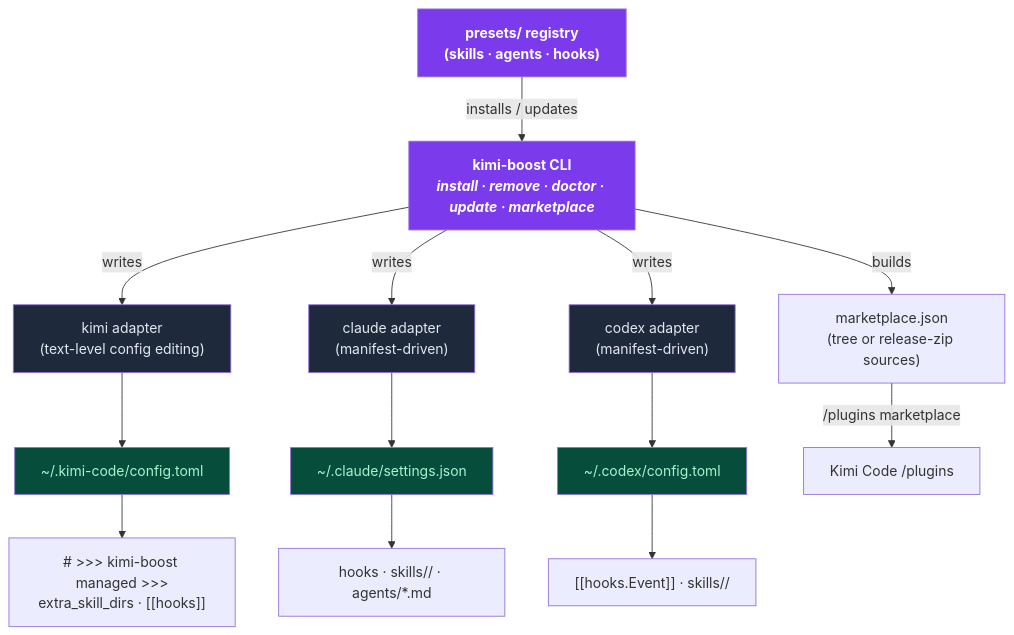
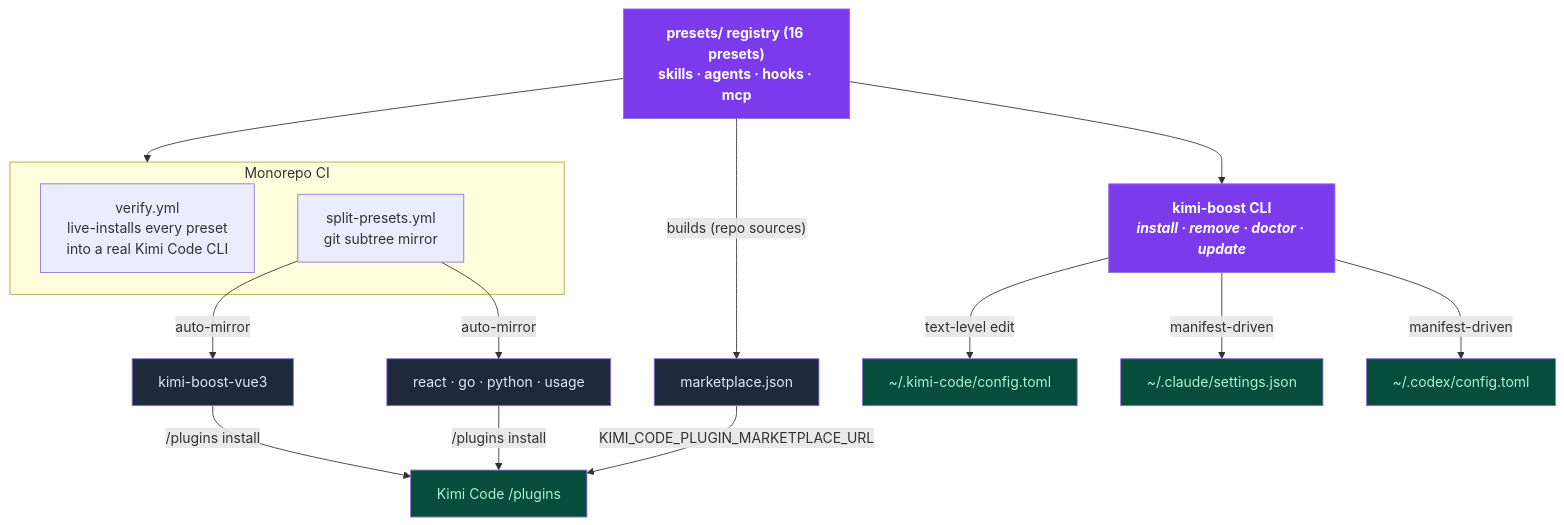
The diagram in README.md (shidesheng0218/kimi-boost), drawn with Mermaid before and after one commit. The commit also changed other lines of this file and 5 other files, not shown here.

````diff
--- a/README.md
+++ b/README.md
@@ -158,28 +161,29 @@
 ```mermaid
 flowchart TD
-    KB["<b>kimi-boost CLI</b><br/><i>install · remove · doctor · update · marketplace</i>"]
-    REG["presets/ registry<br/>(skills · agents · hooks)"]
+    REG["<b>presets/ registry</b> (16 presets)<br/>skills · agents · hooks · mcp"]
 
-    KB -->|writes| KI["kimi adapter<br/>(text-level config editing)"]
-    KB -->|writes| CC["claude adapter<br/>(manifest-driven)"]
-    KB -->|writes| CX["codex adapter<br/>(manifest-driven)"]
+    subgraph CI["Monorepo CI"]
+      VERIFY["verify.yml<br/>live-installs every preset<br/>into a real Kimi Code CLI"]
+      SPLIT["split-presets.yml<br/>git subtree mirror"]
+    end
 
-    KI --> KCF["~/.kimi-code/config.toml"]
-    CC --> CCS["~/.claude/settings.json"]
-    CX --> CXC["~/.codex/config.toml"]
+    REG --> CI
+    SPLIT -->|"auto-mirror"| M1["kimi-boost-vue3"]
+    SPLIT -->|"auto-mirror"| M2["react · go · python · usage"]
+    M1 & M2 -->|"/plugins install"| KP["Kimi Code /plugins"]
+    REG -->|"builds (repo sources)"| MKT["marketplace.json"]
+    MKT -->|"KIMI_CODE_PLUGIN_MARKETPLACE_URL"| KP
 
-    KCF --> BOOST1["# >>> kimi-boost managed >>><br/>extra_skill_dirs · [[hooks]]"]
-    CCS --> BOOST2["hooks · skills/<id>/ · agents/*.md"]
-    CXC --> BOOST3["[[hooks.Event]] · skills/<id>/"]
-
-    REG -->|installs / updates| KB
-    KB -->|builds| MKT["marketplace.json<br/>(tree or release-zip sources)"]
-    MKT -->|"/plugins marketplace"| KIMI_PLUGINS["Kimi Code /plugins"]
+    KB["<b>kimi-boost CLI</b><br/><i>install · remove · doctor · update</i>"]
+    REG --> KB
+    KB -->|"text-level edit"| KCF["~/.kimi-code/config.toml"]
+    KB -->|"manifest-driven"| CCS["~/.claude/settings.json"]
+    KB -->|"manifest-driven"| CXC["~/.codex/config.toml"]
 
     classDef cli fill:#7c3aed,color:#fff,font-weight:bold;
     classDef tool fill:#1e293b,color:#e2e8f0;
     classDef out fill:#064e3b,color:#a7f3d0;
     class KB,REG cli;
-    class KI,CC,CX tool;
-    class KCF,CCS,CXC out;
+    class M1,M2,MKT tool;
+    class KCF,CCS,CXC,KP out;
 ```
````
